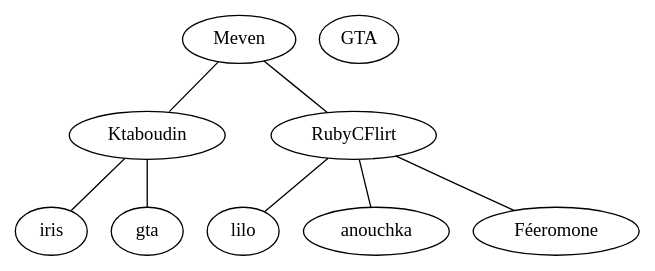
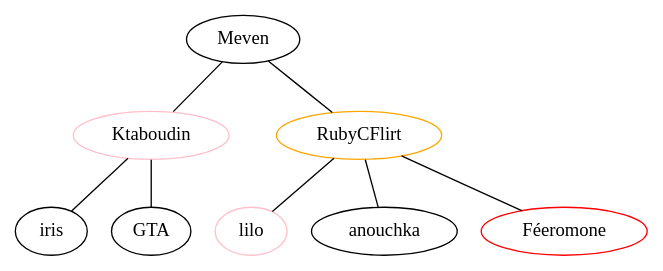
Before and after one commit to mevouc/fal-mily: the diagram in graph.dot, drawn with Graphviz. The commit also changed 2 other files, not shown here.

Commit message:
graph: Add known disciplines

```diff
--- a/graph.dot
+++ b/graph.dot
@@ -1,25 +1,25 @@
 graph Falmily {
     // list of names
-    meven [label="Meven"];
-      alix [label="Ktaboudin"];
+    meven [label="Meven", color="black", fillcolor="blue"];
+      alix [label="Ktaboudin", color="pink"];
         iris [label="iris"];
-        camille [label="GTA"];
-      chris [label="RubyCFlirt"];
-        lilo [label="lilo"];
+        camille [label="GTA", color="black", fillcolor="blue"];
+      chris [label="RubyCFlirt", color="orange"];
+        lilo [label="lilo", color="pink"];
         anouchka [label="anouchka"];
-        benoit [label="Féeromone"];
+        benoit [label="Féeromone", color="red", fillcolor="green"];
     
     
     /*
     ** List of patronage links
     */
 
     // Meven's graph
     meven -- alix;
       alix -- iris;
-      alix -- gta;
+      alix -- camille;
     meven -- chris;
       chris -- benoit;
       chris -- anouchka;
       chris -- lilo;
 }
```
